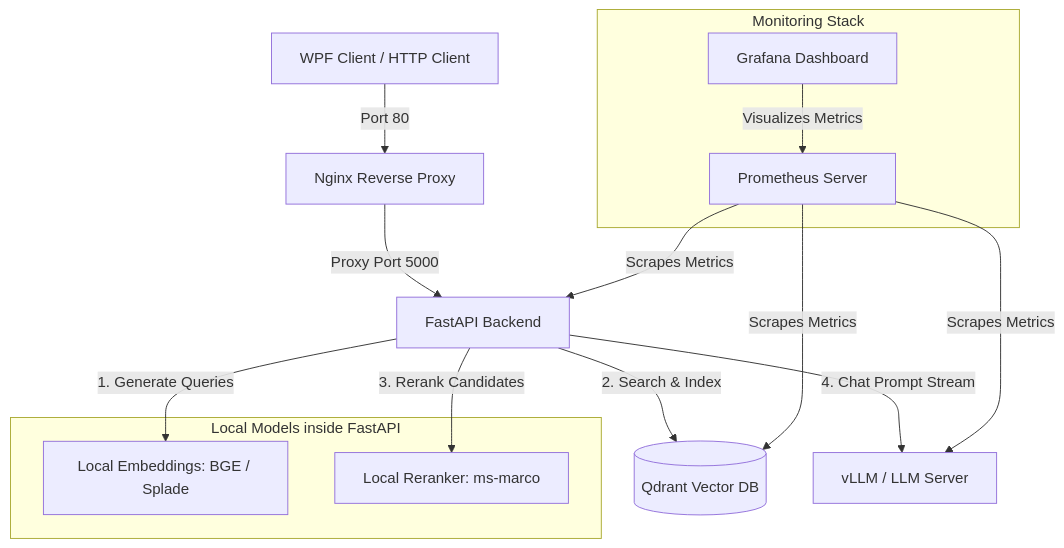
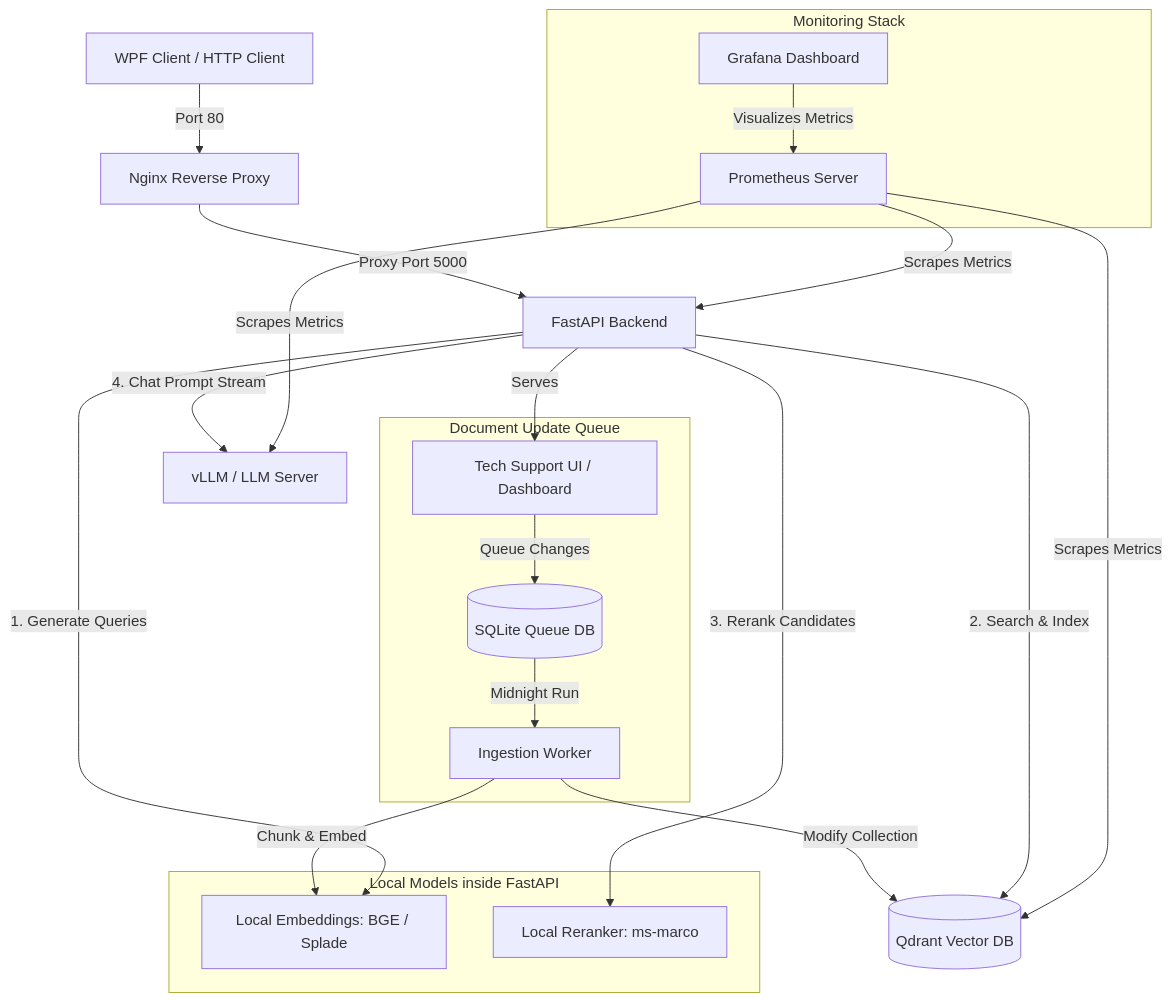
The diagram in README.md (MarsPeper/hoboQRAG), drawn with Mermaid before and after one commit. The commit also changed other lines of this file and 10 other files, not shown here.

````diff
--- a/README.md
+++ b/README.md
@@ -9,25 +9,34 @@
 ```mermaid
 graph TD
     Client[WPF Client / HTTP Client] -->|Port 80| Nginx[Nginx Reverse Proxy]
     Nginx -->|Proxy Port 5000| FastAPI[FastAPI Backend]
+    
+    subgraph Document Update Queue
+        UI[Tech Support UI / Dashboard] -->|Queue Changes| SQLite[(SQLite Queue DB)]
+        SQLite -->|Midnight Run| Worker[Ingestion Worker]
+    end
+    
+    FastAPI -->|Serves| UI
+    Worker -->|Chunk & Embed| Embeddings
+    Worker -->|Modify Collection| Qdrant
     
     subgraph Local Models inside FastAPI
         Embeddings[Local Embeddings: BGE / Splade]
         Reranker[Local Reranker: ms-marco]
     end
     
     FastAPI -->|1. Generate Queries| Embeddings
     FastAPI -->|2. Search & Index| Qdrant[(Qdrant Vector DB)]
     FastAPI -->|3. Rerank Candidates| Reranker
     FastAPI -->|4. Chat Prompt Stream| vLLM[vLLM / LLM Server]
     
     subgraph Monitoring Stack
         Prometheus[Prometheus Server]
         Grafana[Grafana Dashboard]
     end
     
     Prometheus -->|Scrapes Metrics| FastAPI
     Prometheus -->|Scrapes Metrics| Qdrant
     Prometheus -->|Scrapes Metrics| vLLM
     Grafana -->|Visualizes Metrics| Prometheus
 ```
````
